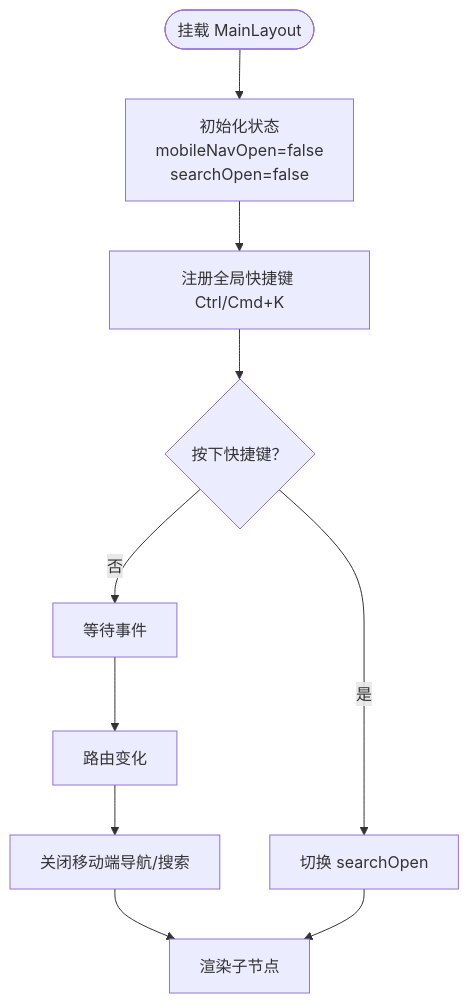
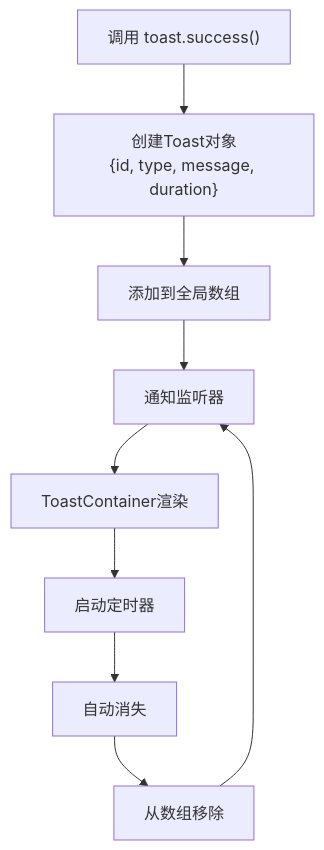
Before and after one commit to sgyy/privadeck: the fourth of 6 diagrams in .qoder/repowiki/zh/content/UI组件系统/UI组件系统.md, drawn with Mermaid. The commit also changed other lines of this file and 6 other files, not shown here.

````diff
--- a/.qoder/repowiki/zh/content/UI组件系统/UI组件系统.md
+++ b/.qoder/repowiki/zh/content/UI组件系统/UI组件系统.md
@@ -252,12 +399,11 @@
 ```mermaid
 flowchart TD
-Start(["挂载 MainLayout"]) --> Init["初始化状态<br/>mobileNavOpen=false<br/>searchOpen=false"]
-Init --> Shortcut["注册全局快捷键 Ctrl/Cmd+K"]
-Shortcut --> OpenSearch{"按下快捷键？"}
-OpenSearch --> |是| ToggleSearch["切换 searchOpen"]
-OpenSearch --> |否| Wait["等待事件"]
-Wait --> RouteChange["路由变化"]
-RouteChange --> ClosePanels["关闭移动端导航/搜索"]
-ClosePanels --> Render["渲染子节点"]
-ToggleSearch --> Render
+Start["调用 toast.success()"] --> Create["创建Toast对象<br/>{id, type, message, duration}"]
+Create --> Add["添加到全局数组"]
+Add --> Notify["通知监听器"]
+Notify --> Render["ToastContainer渲染"]
+Render --> Timer["启动定时器"]
+Timer --> AutoHide["自动消失"]
+AutoHide --> Remove["从数组移除"]
+Remove --> Notify
 ```
````
